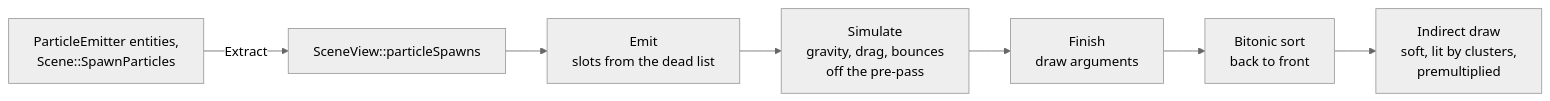
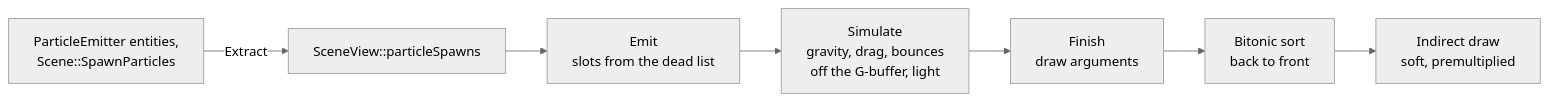
Diagram 12 of 12 in docs/ARCHITECTURE.md (SBXdev3D/daidalos-engine-next), drawn with Mermaid (neutral theme) before and after one commit. The commit also changed other lines of this file and 88 other files, not shown here.

````diff
--- a/docs/ARCHITECTURE.md
+++ b/docs/ARCHITECTURE.md
@@ -263,9 +267,9 @@
 ```mermaid
 flowchart LR
     E["ParticleEmitter entities,<br/>Scene::SpawnParticles"] -->|"Extract"| V["SceneView::particleSpawns"]
     V --> EM["Emit<br/>slots from the dead list"]
-    EM --> SI["Simulate<br/>gravity, drag, bounces<br/>off the pre-pass"]
+    EM --> SI["Simulate<br/>gravity, drag, bounces<br/>off the G-buffer, light"]
     SI --> FI["Finish<br/>draw arguments"]
     FI --> SO["Bitonic sort<br/>back to front"]
-    SO --> D["Indirect draw<br/>soft, lit by clusters,<br/>premultiplied"]
+    SO --> D["Indirect draw<br/>soft, premultiplied"]
 ```
````
